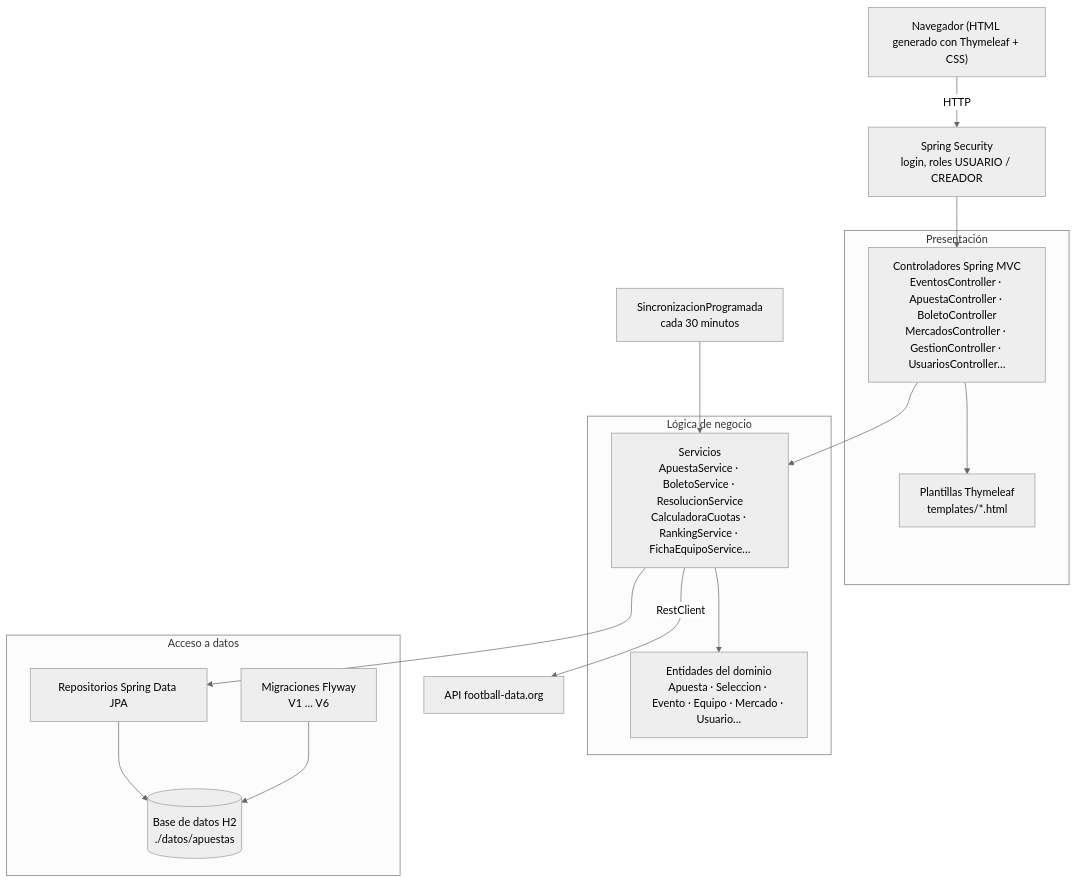
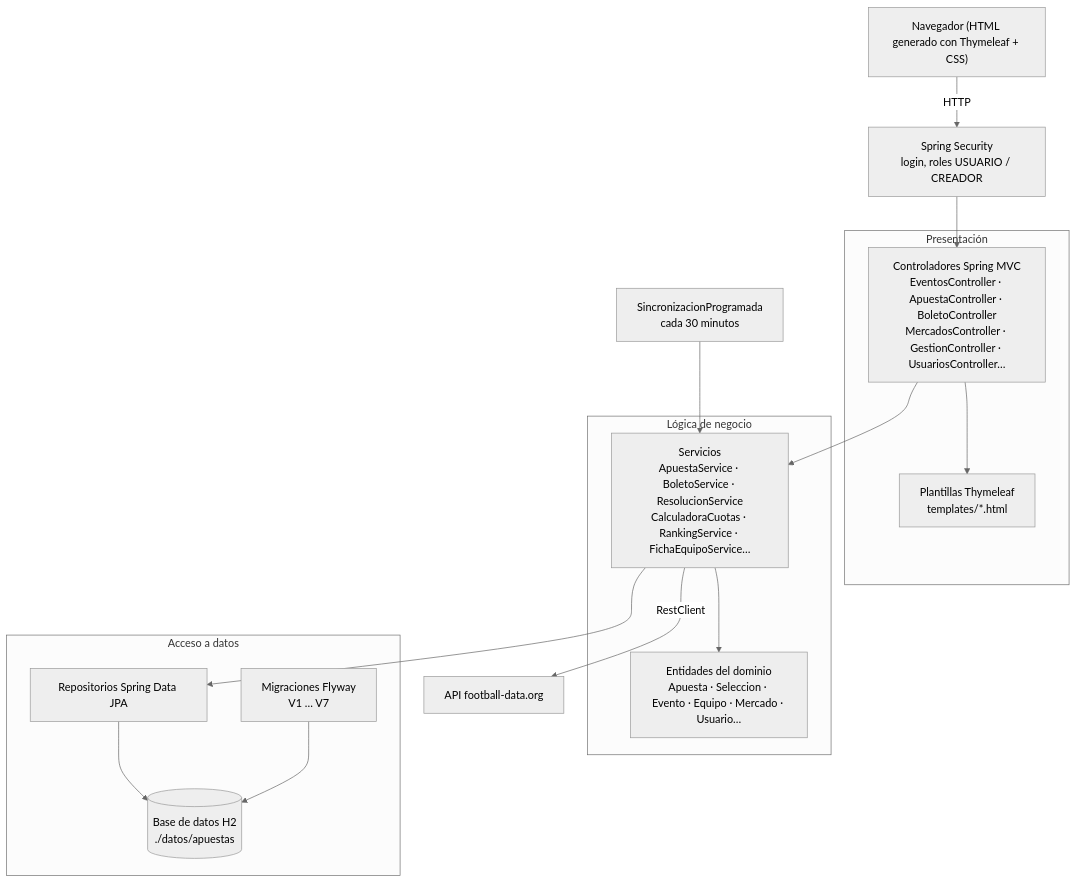
Before and after one commit to riverri/IS1: the second of 9 diagrams in docs/diseno/uml.md, drawn with Mermaid (neutral theme). The commit also changed other lines of this file and 34 other files, not shown here.

````diff
--- a/docs/diseno/uml.md
+++ b/docs/diseno/uml.md
@@ -58,33 +58,33 @@
 ```mermaid
 flowchart TB
     navegador["Navegador (HTML generado con Thymeleaf + CSS)"]
 
     subgraph presentacion [Presentación]
         controladores["Controladores Spring MVC<br/>EventosController · ApuestaController · BoletoController<br/>MercadosController · GestionController · UsuariosController…"]
         plantillas["Plantillas Thymeleaf<br/>templates/*.html"]
     end
 
     subgraph negocio [Lógica de negocio]
         servicios["Servicios<br/>ApuestaService · BoletoService · ResolucionService<br/>CalculadoraCuotas · RankingService · FichaEquipoService…"]
         dominio["Entidades del dominio<br/>Apuesta · Seleccion · Evento · Equipo · Mercado · Usuario…"]
     end
 
     subgraph datos [Acceso a datos]
         repositorios["Repositorios Spring Data JPA"]
-        flyway["Migraciones Flyway<br/>V1 … V6"]
+        flyway["Migraciones Flyway<br/>V1 … V7"]
         h2[("Base de datos H2<br/>./datos/apuestas")]
     end
 
     seguridad["Spring Security<br/>login, roles USUARIO / CREADOR"]
     api["API football-data.org"]
     programada["SincronizacionProgramada<br/>cada 30 minutos"]
 
     navegador -->|HTTP| seguridad --> controladores
     controladores --> plantillas
     controladores --> servicios
     servicios --> dominio
     servicios --> repositorios --> h2
     flyway --> h2
     programada --> servicios
     servicios -->|RestClient| api
 ```
````
